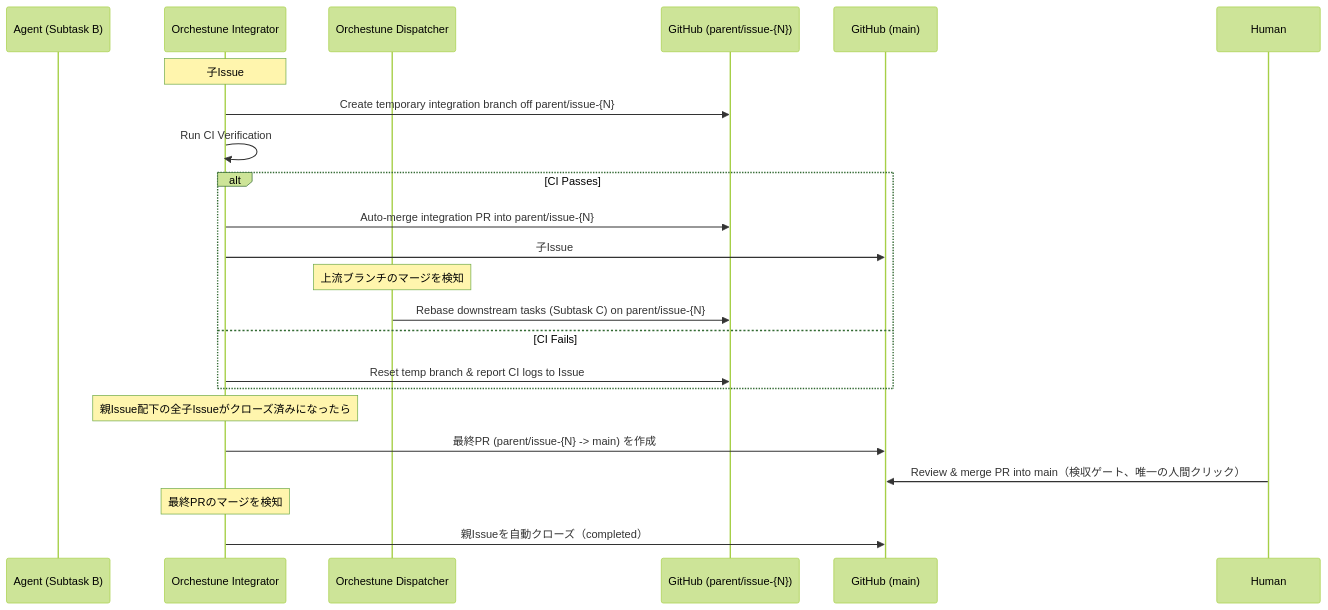
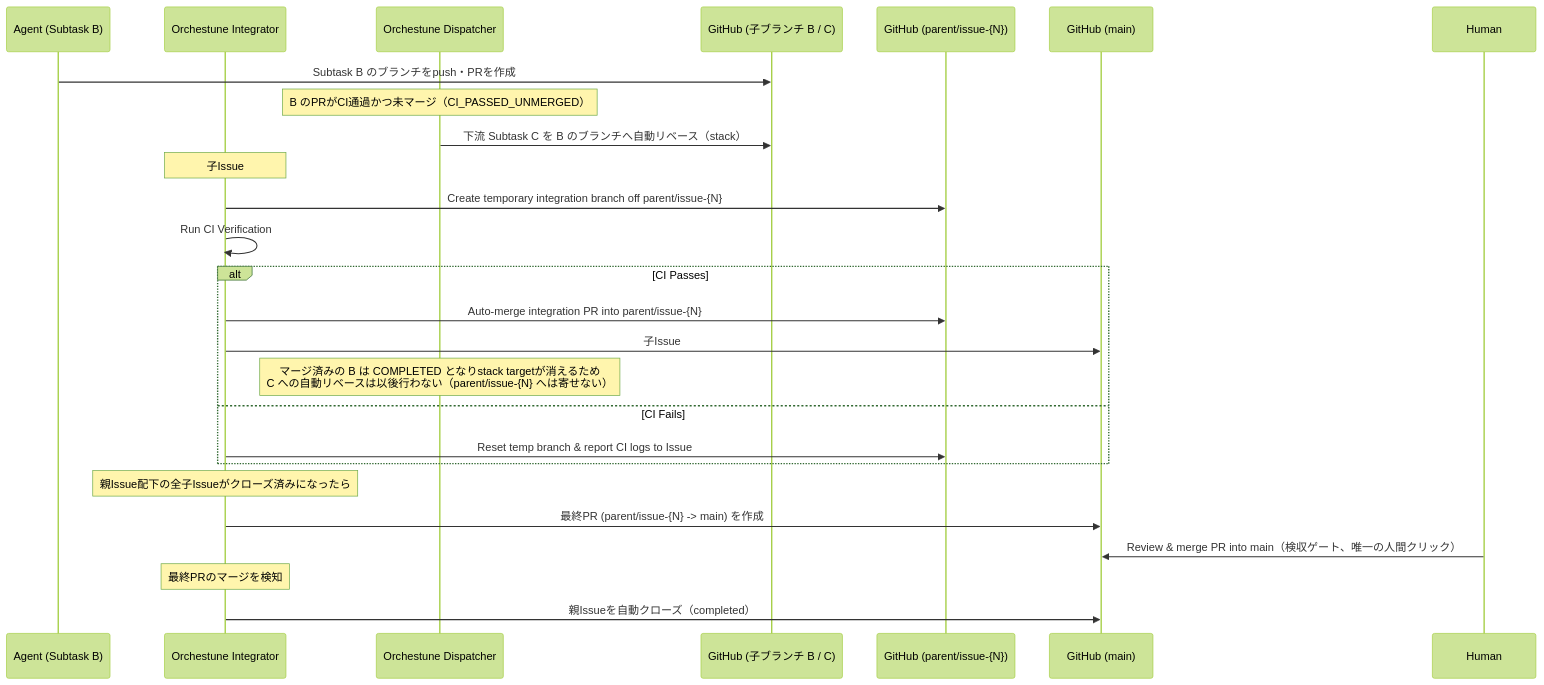
One commit to Saltmu/orchestune changed the diagram in docs/ja/architecture/integration.md. Above: the diagram before and after it, drawn with Mermaid (forest theme). The commit also changed other lines of this file and 3 other files, not shown here.

First line of the commit message:
docs(architecture): align auto-rebase narrative with shared stack target policy (#910)

````diff
--- a/docs/ja/architecture/integration.md
+++ b/docs/ja/architecture/integration.md
@@ -13,26 +13,29 @@
 ```mermaid
 sequenceDiagram
     participant AG as Agent (Subtask B)
     participant IG as Orchestune Integrator
     participant DP as Orchestune Dispatcher
+    participant CB as GitHub (子ブランチ B / C)
     participant PB as GitHub (parent/issue-{N})
     participant GH as GitHub (main)
     participant HU as Human
 
+    AG->>CB: Subtask B のブランチをpush・PRを作成
+    Note over DP: B のPRがCI通過かつ未マージ（CI_PASSED_UNMERGED）
+    DP->>CB: 下流 Subtask C を B のブランチへ自動リベース（stack）
     Note over IG: 子Issue #B が status:done に
     IG->>PB: Create temporary integration branch off parent/issue-{N}
     IG->>IG: Run CI Verification
     alt CI Passes
         IG->>PB: Auto-merge integration PR into parent/issue-{N}
         IG->>GH: 子Issue #B を自動クローズ（completed）
-        Note over DP: 上流ブランチのマージを検知
-        DP->>PB: Rebase downstream tasks (Subtask C) on parent/issue-{N}
+        Note over DP: マージ済みの B は COMPLETED となりstack targetが消えるため<br/>C への自動リベースは以後行わない（parent/issue-{N} へは寄せない）
     else CI Fails
         IG->>PB: Reset temp branch & report CI logs to Issue #B
     end
     Note over IG: 親Issue配下の全子Issueがクローズ済みになったら
     IG->>GH: 最終PR (parent/issue-{N} -> main) を作成
     HU->>GH: Review & merge PR into main（検収ゲート、唯一の人間クリック）
     Note over IG: 最終PRのマージを検知
     IG->>GH: 親Issueを自動クローズ（completed）
 ```
````
